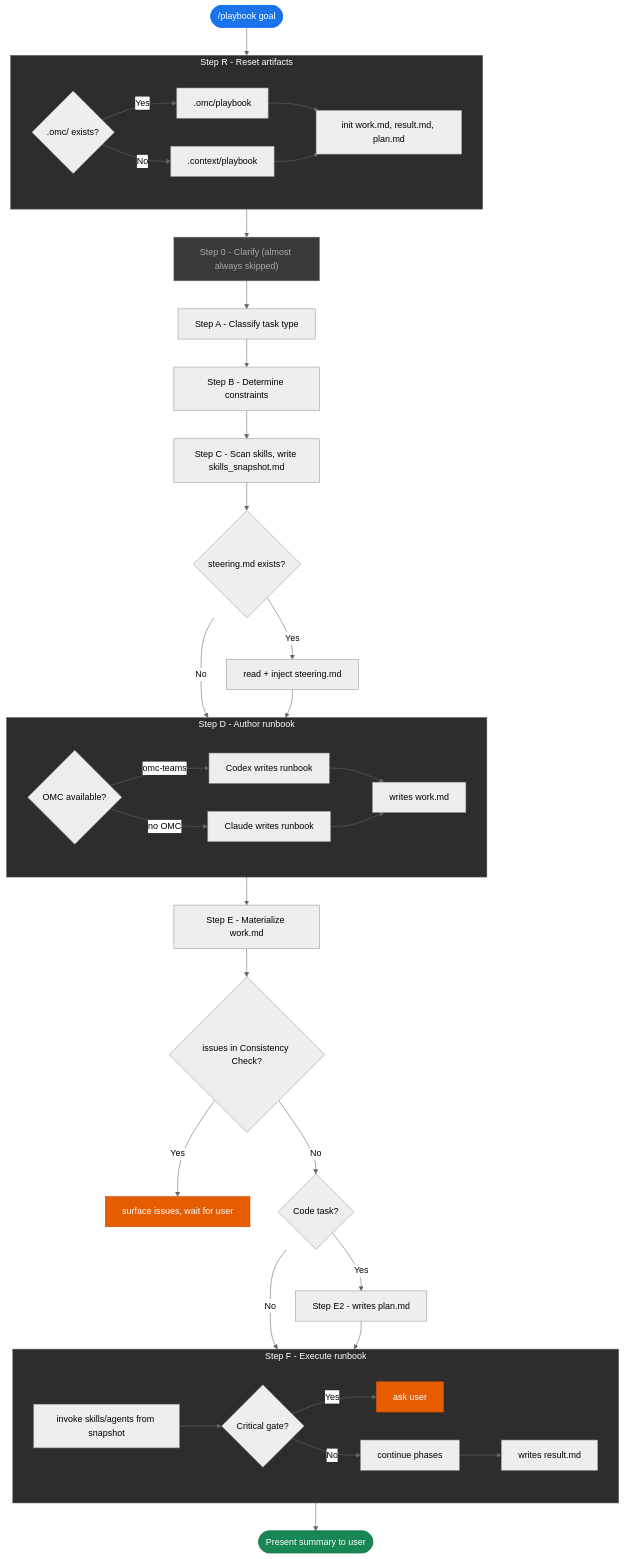
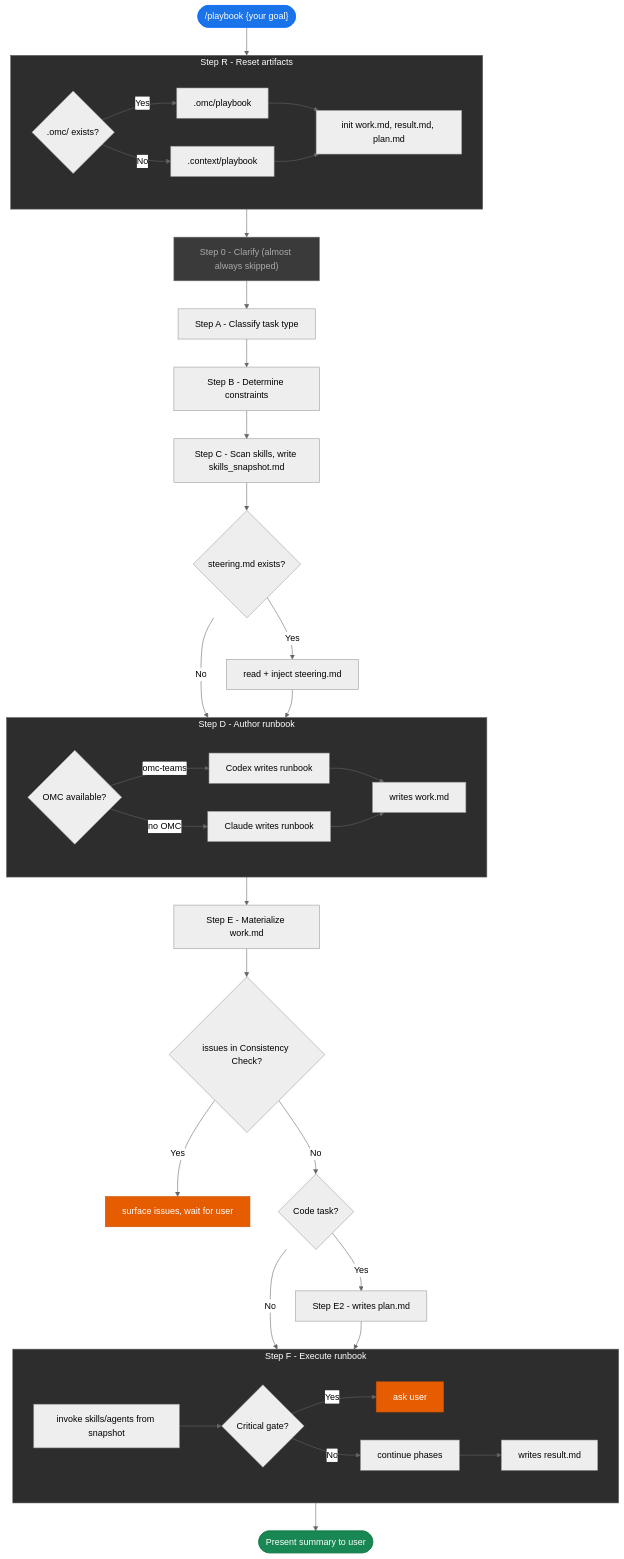
The diagram in skills/playbook/README.md (AhyoungRyu/claude-code), drawn with Mermaid (neutral theme) before and after one commit.

Commit message:
Update playbook goal syntax in README

````diff
--- a/skills/playbook/README.md
+++ b/skills/playbook/README.md
@@ -46,58 +46,58 @@
 ```mermaid
 flowchart TD
-    START(["/playbook goal"]) --> R
+    START(["/playbook {your goal}"]) --> R
 
     subgraph R["Step R - Reset artifacts"]
         R1{".omc/ exists?"}
         R1 -->|Yes| R2[".omc/playbook"]
         R1 -->|No| R3[".context/playbook"]
         R2 & R3 --> R4["init work.md, result.md, plan.md"]
     end
 
     R --> S0["Step 0 - Clarify (almost always skipped)"]
     S0 --> A["Step A - Classify task type"]
     A --> B["Step B - Determine constraints"]
     B --> C["Step C - Scan skills, write skills_snapshot.md"]
 
     C --> C2{"steering.md exists?"}
     C2 -->|Yes| C2R["read + inject steering.md"]
     C2 -->|No| D
     C2R --> D
 
     subgraph D["Step D - Author runbook"]
         DA{"OMC available?"}
         DA -->|omc-teams| DB["Codex writes runbook"]
         DA -->|no OMC| DC["Claude writes runbook"]
         DB & DC --> DD["writes work.md"]
     end
 
     D --> E["Step E - Materialize work.md"]
     E --> ISSUE{"issues in Consistency Check?"}
     ISSUE -->|Yes| STOP1["surface issues, wait for user"]
     ISSUE -->|No| CT
 
     CT{"Code task?"}
     CT -->|Yes| E2["Step E2 - writes plan.md"]
     CT -->|No| F
 
     E2 --> F
 
     subgraph F["Step F - Execute runbook"]
         FA["invoke skills/agents from snapshot"]
         FA --> FB{"Critical gate?"}
         FB -->|Yes| STOP2["ask user"]
         FB -->|No| FC["continue phases"]
         FC --> FD["writes result.md"]
     end
 
     F --> DONE(["Present summary to user"])
 
     style START fill:#1a73e8,stroke:#0d6efd,color:#ffffff
     style DONE  fill:#198754,stroke:#157a47,color:#ffffff
     style STOP1 fill:#e65c00,stroke:#c94f00,color:#ffffff
     style STOP2 fill:#e65c00,stroke:#c94f00,color:#ffffff
     style S0    fill:#3a3a3a,stroke:#777777,color:#aaaaaa
     style R     fill:#2d2d2d,stroke:#666666,color:#ffffff
     style D     fill:#2d2d2d,stroke:#666666,color:#ffffff
     style F     fill:#2d2d2d,stroke:#666666,color:#ffffff
 ```
````
